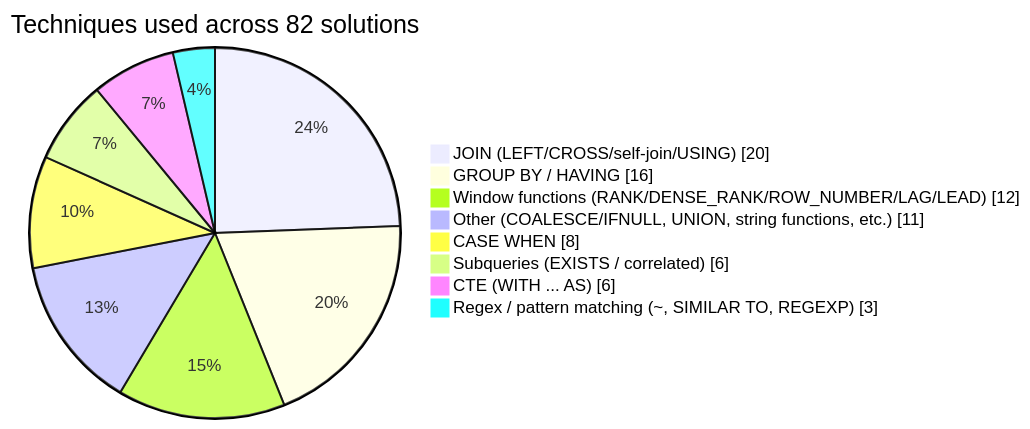
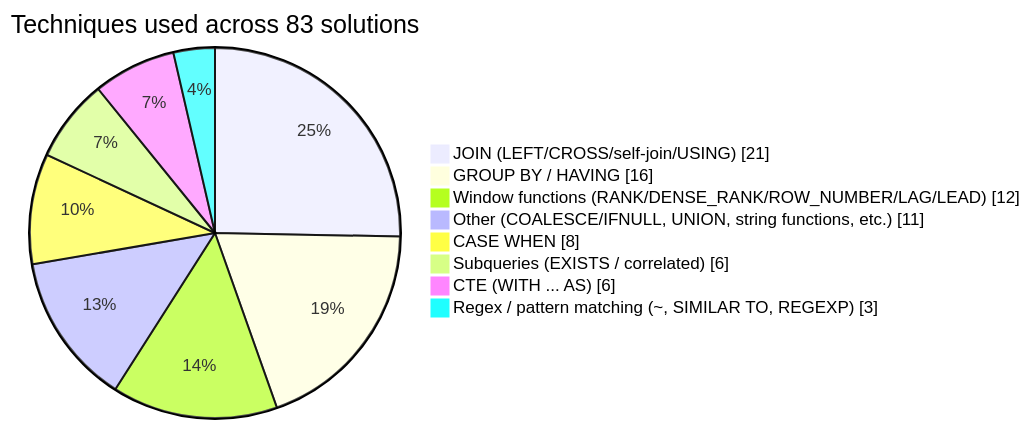
The diagram in README.md (ruhlanrzayev/LeetCode_SQL_Problems), drawn with Mermaid before and after one commit. The commit also changed other lines of this file, not shown here.

Commit message:
chore: auto-update technique breakdown chart

````diff
--- a/README.md
+++ b/README.md
@@ -11,12 +11,12 @@
 ```mermaid
 pie showData
-    title Techniques used across 82 solutions
-    "JOIN (LEFT/CROSS/self-join/USING)" : 20
+    title Techniques used across 83 solutions
+    "JOIN (LEFT/CROSS/self-join/USING)" : 21
     "GROUP BY / HAVING" : 16
     "Window functions (RANK/DENSE_RANK/ROW_NUMBER/LAG/LEAD)" : 12
     "Other (COALESCE/IFNULL, UNION, string functions, etc.)" : 11
     "CASE WHEN" : 8
     "Subqueries (EXISTS / correlated)" : 6
     "CTE (WITH ... AS)" : 6
     "Regex / pattern matching (~, SIMILAR TO, REGEXP)" : 3
 ```
````
